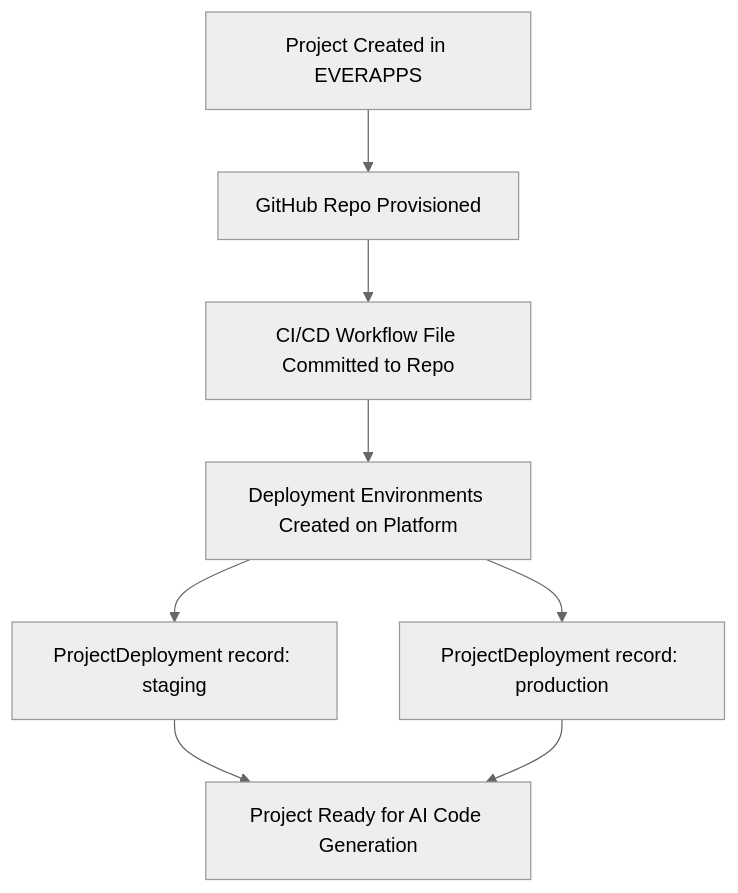
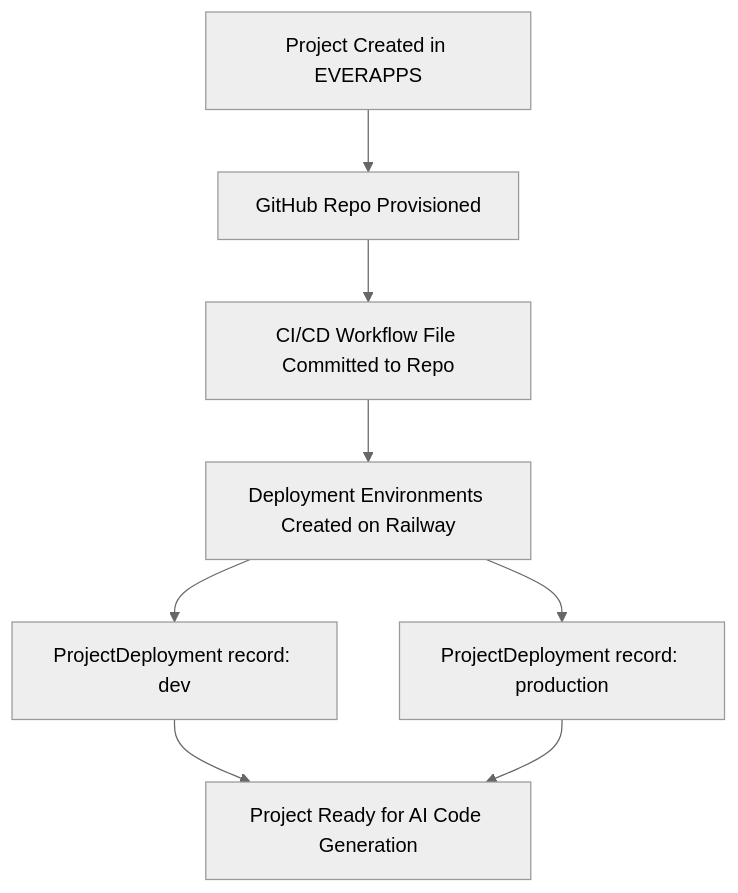
Before and after one commit to evertheme/everapps: the fifth of 8 diagrams in docs/future-enhancements.md, drawn with Mermaid (neutral theme). The commit also changed other lines of this file, not shown here.

````diff
--- a/docs/future-enhancements.md
+++ b/docs/future-enhancements.md
@@ -298,10 +767,10 @@
 ```mermaid
 flowchart TD
   projectCreate["Project Created in EVERAPPS"] --> repoProvision["GitHub Repo Provisioned"]
   repoProvision --> ciCommit["CI/CD Workflow File Committed to Repo"]
-  ciCommit --> platformEnv["Deployment Environments Created on Platform"]
-  platformEnv --> stagingRecord["ProjectDeployment record: staging"]
+  ciCommit --> platformEnv["Deployment Environments Created on Railway"]
+  platformEnv --> devRecord["ProjectDeployment record: dev"]
   platformEnv --> prodRecord["ProjectDeployment record: production"]
-  stagingRecord --> ready["Project Ready for AI Code Generation"]
+  devRecord --> ready["Project Ready for AI Code Generation"]
   prodRecord --> ready
 ```
````
